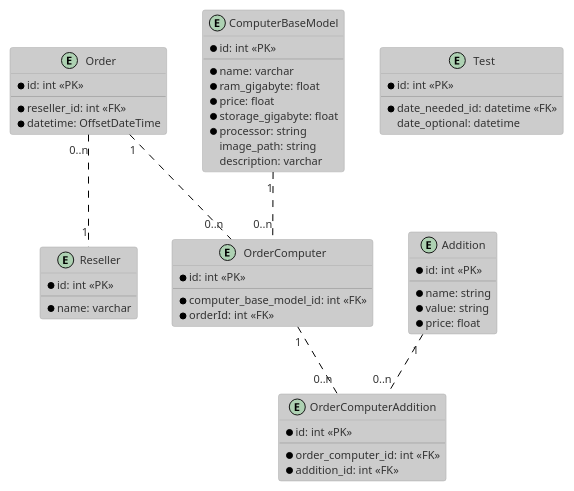
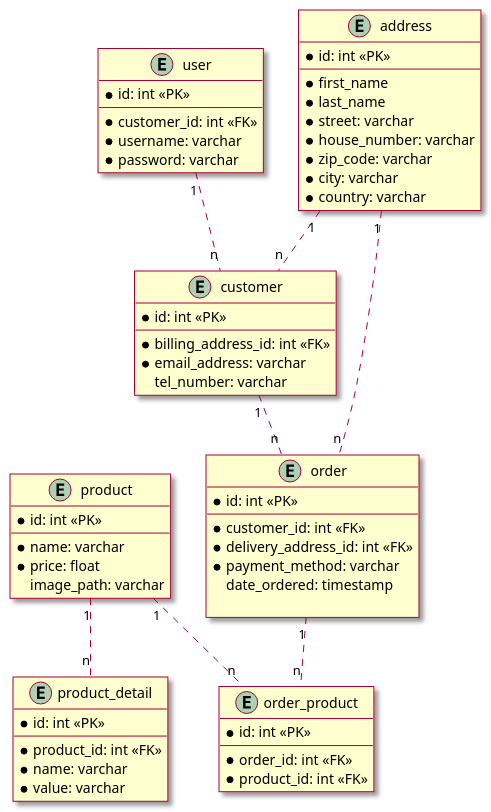
Before and after one commit to ChristinaRau/webshop-lap: the diagram in db.puml, drawn with PlantUML. The commit also changed 108 other files, not shown here.

```diff
--- a/db.puml
+++ b/db.puml
@@ -1,67 +1,78 @@
 @startuml
 
-!theme reddress-lightblue
+skin rose
 
-
-entity Reseller {
+entity product {
 *id: int <<PK>>
 --
 *name: varchar
+*price: float
+image_path: varchar
 }
 
-entity ComputerBaseModel {
+entity product_detail {
 *id: int <<PK>>
 --
+*product_id: int <<FK>>
 *name: varchar
-*ram_gigabyte: float 
-*price: float
-*storage_gigabyte: float
-*processor: string
-image_path: string
-description: varchar
+*value: varchar
 }
 
-entity OrderComputer {
+entity customer {
 *id: int <<PK>>
 --
-*computer_base_model_id: int <<FK>>
-*orderId: int <<FK>>
+*billing_address_id: int <<FK>>
+*email_address: varchar
+tel_number: varchar
 }
 
-entity Addition {
-  *id: int <<PK>>
-  --
-  *name: string
-  *value: string
-  *price: float
+entity address {
+*id: int <<PK>>
+--
+*first_name
+*last_name
+*street: varchar
+*house_number: varchar
+*zip_code: varchar
+*city: varchar
+*country: varchar
 }
 
-entity OrderComputerAddition {
-  *id: int <<PK>>
-  --
-  *order_computer_id: int <<FK>>
-  *addition_id: int <<FK>>
+entity order {
+*id: int <<PK>>
+--
+*customer_id: int <<FK>>
+*delivery_address_id: int <<FK>>
+*payment_method: varchar
+date_ordered: timestamp
+
 }
 
-entity Order {
+entity order_product {
 *id: int <<PK>>
 --
-*reseller_id: int <<FK>>
-*datetime: OffsetDateTime
+*order_id: int <<FK>>
+*product_id: int <<FK>>
 }
 
-entity Test {
-  *id: int <<PK>>
-  --
-  *date_needed_id: datetime <<FK>>
-  date_optional: datetime
+entity user {
+*id: int <<PK>>
+--
+*customer_id: int <<FK>>
+*username: varchar
+*password: varchar
 }
 
+customer "1".."n" order
+order "1".."n" order_product
+product "1".."n" order_product
+address "1".."n" customer
+address "1".."n" order
+product "1".."n" product_detail
+user "1".."n" customer
 
-Order "1".."0..n" OrderComputer
-Order "0..n".."1" Reseller 
-ComputerBaseModel "1".."0..n" OrderComputer
-OrderComputer "1".."0..n" OrderComputerAddition
-Addition "1".."0..n" OrderComputerAddition
+
+
+
 
 @enduml
```
